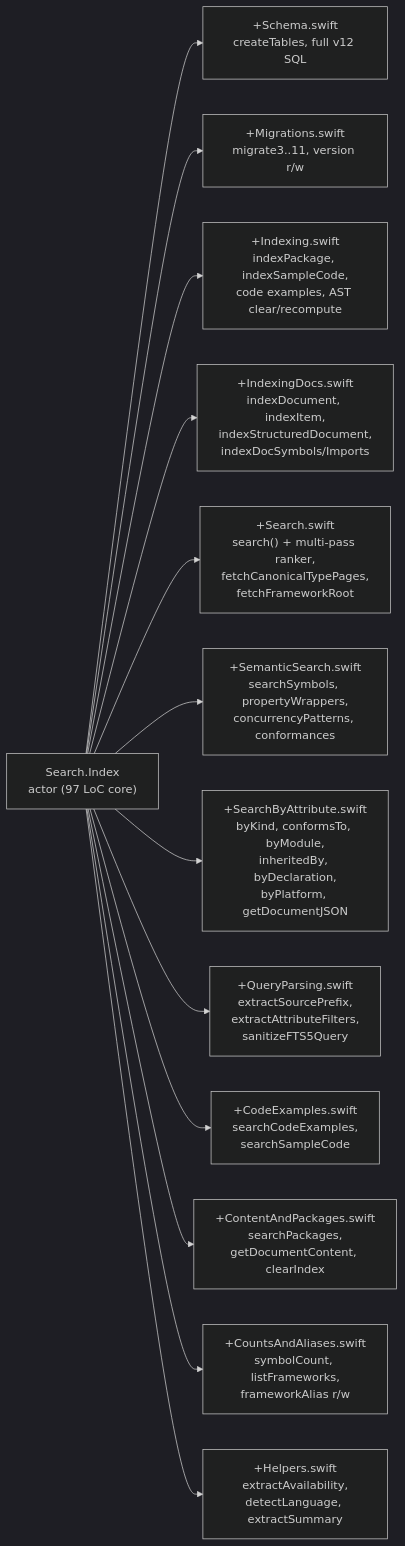
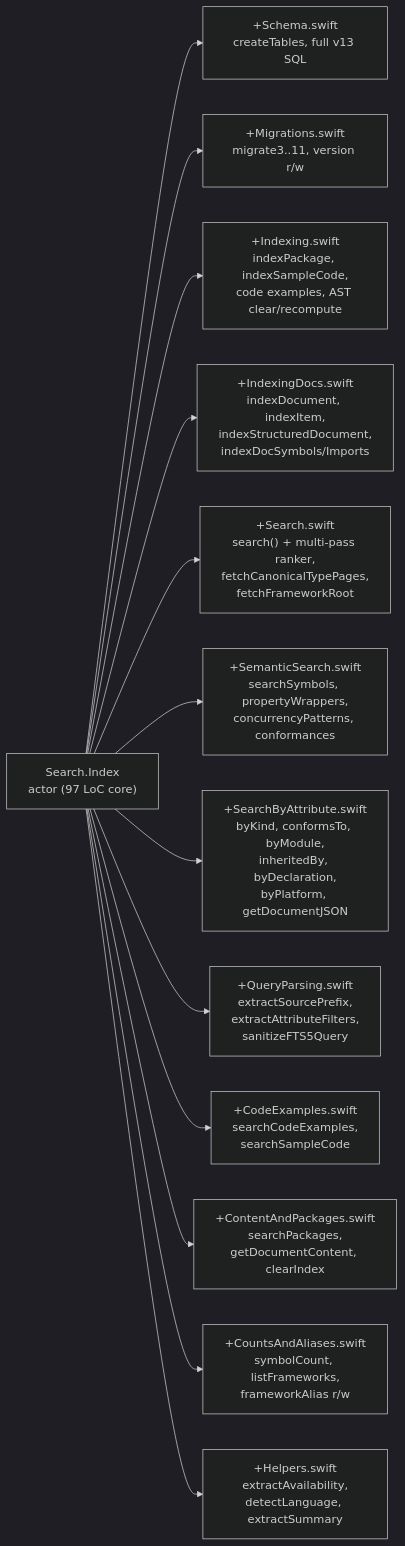
One commit to mihaelamj/cupertino changed the second of 3 diagrams in docs/ARCHITECTURE.md. Above: the diagram before and after it, drawn with Mermaid (dark theme). The commit also changed other lines of this file and 34 other files, not shown here.

````diff
--- a/docs/ARCHITECTURE.md
+++ b/docs/ARCHITECTURE.md
@@ -132,17 +132,17 @@
 ```mermaid
 flowchart LR
     Idx["Search.Index<br/>actor (97 LoC core)"]
 
-    Idx --> Schema["+Schema.swift<br/>createTables, full v12 SQL"]
+    Idx --> Schema["+Schema.swift<br/>createTables, full v13 SQL"]
     Idx --> Migr["+Migrations.swift<br/>migrate3..11, version r/w"]
     Idx --> IxP["+Indexing.swift<br/>indexPackage, indexSampleCode,<br/>code examples, AST clear/recompute"]
     Idx --> IxD["+IndexingDocs.swift<br/>indexDocument, indexItem,<br/>indexStructuredDocument,<br/>indexDocSymbols/Imports"]
     Idx --> Sch["+Search.swift<br/>search() + multi-pass ranker,<br/>fetchCanonicalTypePages,<br/>fetchFrameworkRoot"]
     Idx --> Sem["+SemanticSearch.swift<br/>searchSymbols, propertyWrappers,<br/>concurrencyPatterns, conformances"]
     Idx --> Attr["+SearchByAttribute.swift<br/>byKind, conformsTo, byModule,<br/>inheritedBy, byDeclaration,<br/>byPlatform, getDocumentJSON"]
     Idx --> QP["+QueryParsing.swift<br/>extractSourcePrefix,<br/>extractAttributeFilters,<br/>sanitizeFTS5Query"]
     Idx --> Code["+CodeExamples.swift<br/>searchCodeExamples,<br/>searchSampleCode"]
     Idx --> Cont["+ContentAndPackages.swift<br/>searchPackages,<br/>getDocumentContent, clearIndex"]
     Idx --> Cnt["+CountsAndAliases.swift<br/>symbolCount, listFrameworks,<br/>frameworkAlias r/w"]
     Idx --> Hlp["+Helpers.swift<br/>extractAvailability,<br/>detectLanguage, extractSummary"]
 ```
````
